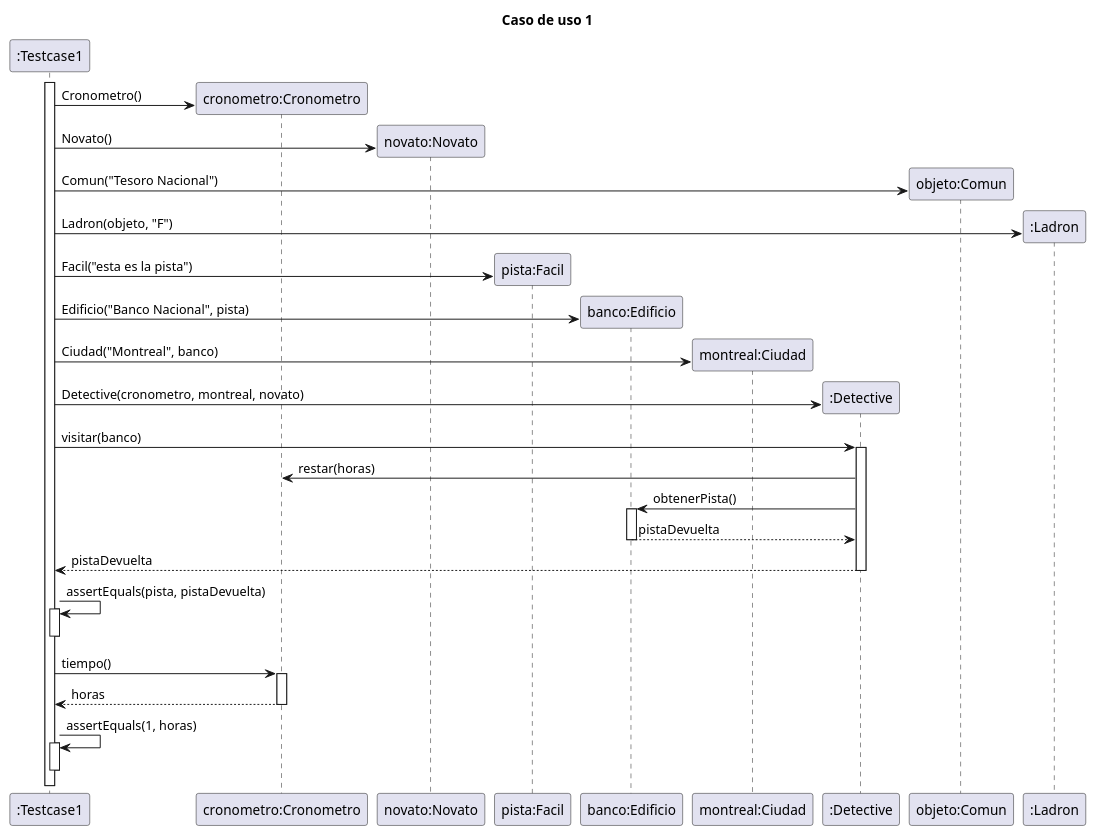
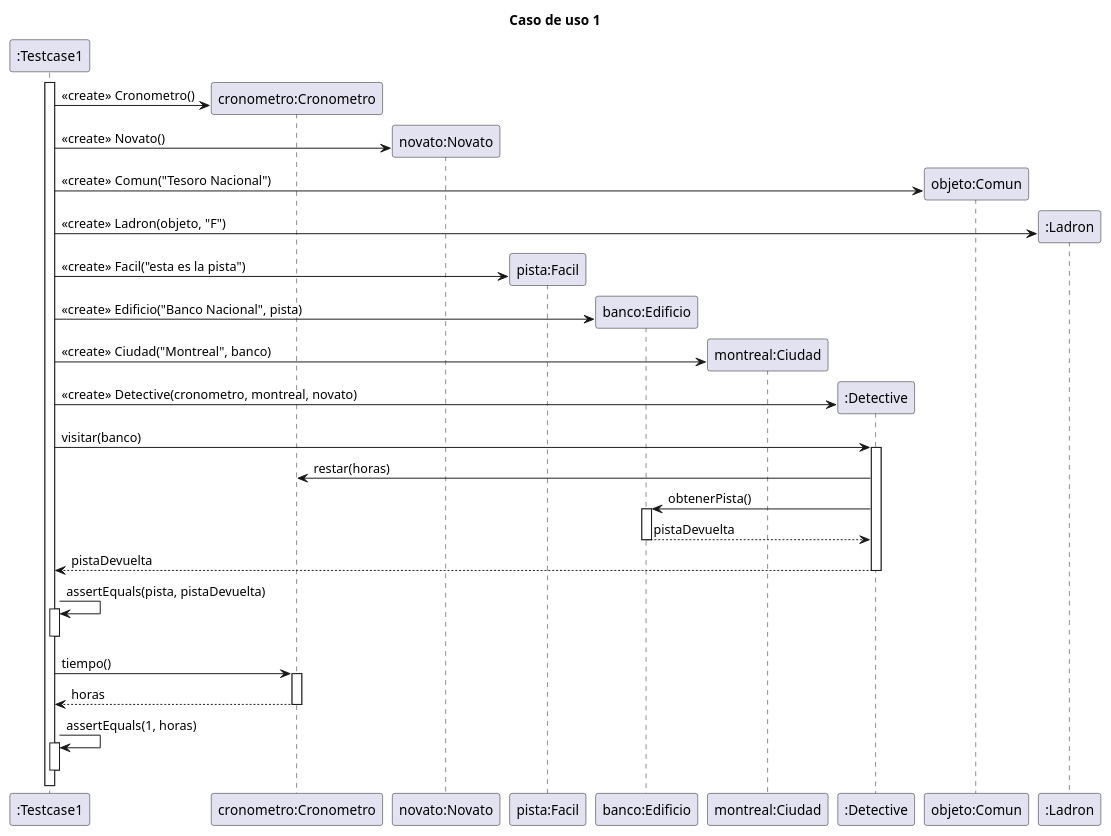
The diagram in diagrams/sequences/secuencia_testcase01.plantuml (MegaRedHand/algo-thief), drawn with PlantUML before and after one commit. The commit also changed 9 other files, not shown here.

Commit message:
docs: agrego <<create>> a los diagramas de secuencia

```diff
--- a/diagrams/sequences/secuencia_testcase01.plantuml
+++ b/diagrams/sequences/secuencia_testcase01.plantuml
@@ -1,53 +1,53 @@
 @startuml
 
 title "Caso de uso 1"
 
 participant ":Testcase1" as testcase
 participant "cronometro:Cronometro" as cron
 participant "novato:Novato" as novato
 participant "pista:Facil" as pista
 participant "banco:Edificio" as edificio
 participant "montreal:Ciudad" as montreal
 participant ":Detective" as detective
 participant "objeto:Comun" as objeto
 participant ":Ladron" as ladron
 
 activate testcase
 create cron
-testcase -> cron: Cronometro()
+testcase -> cron: <<create>> Cronometro()
 create novato
-testcase -> novato: Novato()
+testcase -> novato: <<create>> Novato()
 create objeto
-testcase -> objeto: Comun("Tesoro Nacional")
+testcase -> objeto: <<create>> Comun("Tesoro Nacional")
 create ladron
-testcase -> ladron: Ladron(objeto, "F")
+testcase -> ladron: <<create>> Ladron(objeto, "F")
 create pista
-testcase -> pista: Facil("esta es la pista")
+testcase -> pista: <<create>> Facil("esta es la pista")
 create edificio
-testcase -> edificio: Edificio("Banco Nacional", pista)
+testcase -> edificio: <<create>> Edificio("Banco Nacional", pista)
 create montreal
-testcase -> montreal: Ciudad("Montreal", banco)
+testcase -> montreal: <<create>> Ciudad("Montreal", banco)
 create detective
-testcase -> detective: Detective(cronometro, montreal, novato)
+testcase -> detective: <<create>> Detective(cronometro, montreal, novato)
 
 testcase -> detective: visitar(banco)
     activate detective
         detective -> cron: restar(horas)
         detective -> edificio: obtenerPista()
             activate edificio
             return pistaDevuelta
     return pistaDevuelta
 
 testcase -> testcase: assertEquals(pista, pistaDevuelta)
 activate testcase
 deactivate testcase
 
 testcase -> cron: tiempo()
     activate cron
     return horas
 
 testcase -> testcase: assertEquals(1, horas)
 activate testcase
 deactivate testcase
 
 @enduml
```
